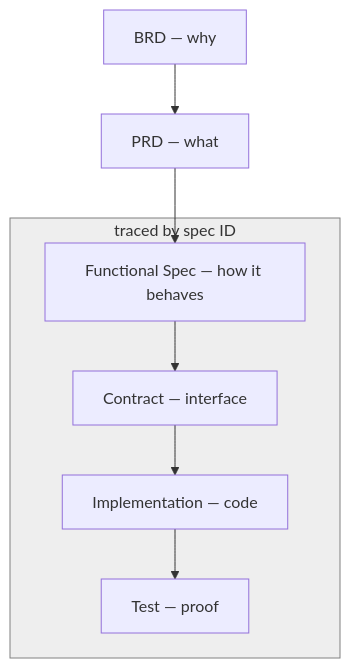
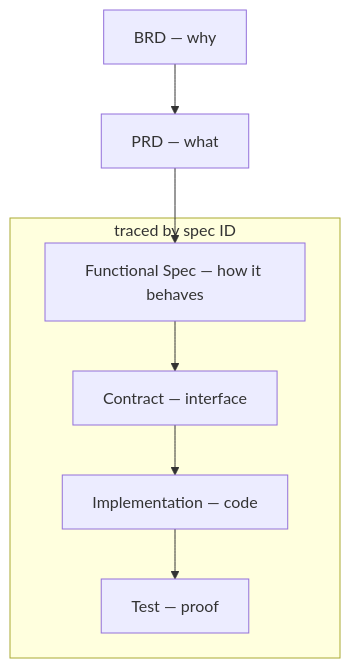
The first of 2 diagrams in README.md (foreachpartners/main-spex), drawn with Mermaid before and after one commit.

Commit message:
docs: remove not needed stiles

````diff
--- a/README.md
+++ b/README.md
@@ -28,13 +28,11 @@
 ```mermaid
 flowchart TD
     BRD["BRD — why"] --> PRD["PRD — what"]
     PRD --> Func
 
     subgraph Traced ["traced by spec ID"]
         Func["Functional Spec — how it behaves"] --> Contract["Contract — interface"]
         Contract --> Impl["Implementation — code"]
         Impl --> Test["Test — proof"]
     end
-
-    style Traced fill:#80808022,stroke:#808080
 ```
````
